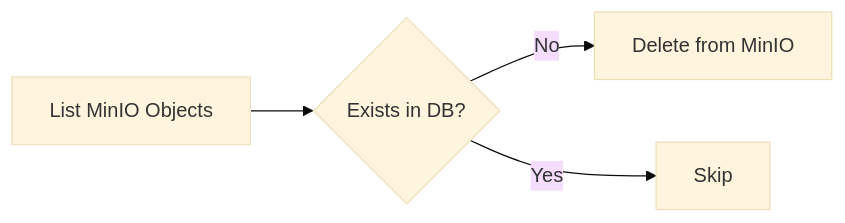
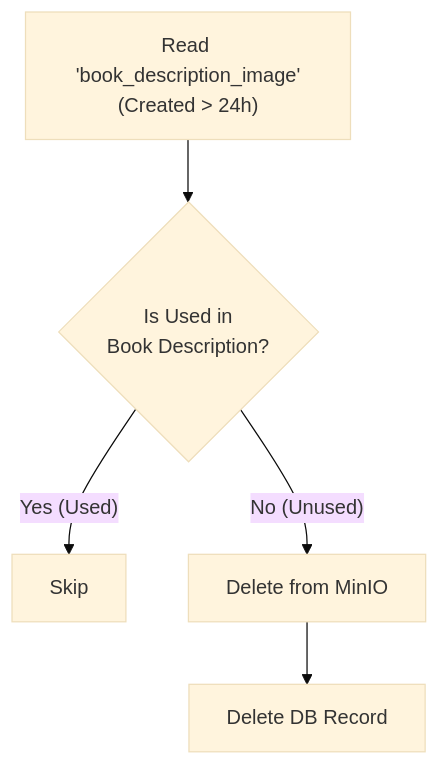
One commit to nhnacademy-be12-4vidia/4vidia-batch-service changed the diagram in docs/wiki/batch_jobs/ContentImageCleanupJob.md. Above: the diagram before and after it, drawn with Mermaid (base theme). The commit also changed other lines of this file and 4 other files, not shown here.

````diff
--- a/docs/wiki/batch_jobs/ContentImageCleanupJob.md
+++ b/docs/wiki/batch_jobs/ContentImageCleanupJob.md
@@ -8,6 +8,7 @@
 ```mermaid
-graph LR
-    A[List MinIO Objects] --> B{Exists in DB?}
-    B -- No --> C[Delete from MinIO]
-    B -- Yes --> D[Skip]
+graph TD
+    A["Read 'book_description_image'<br/>(Created > 24h)"] --> B{Is Used in<br/>Book Description?}
+    B -- Yes (Used) --> C[Skip]
+    B -- No (Unused) --> D[Delete from MinIO]
+    D --> E[Delete DB Record]
 ```
````
